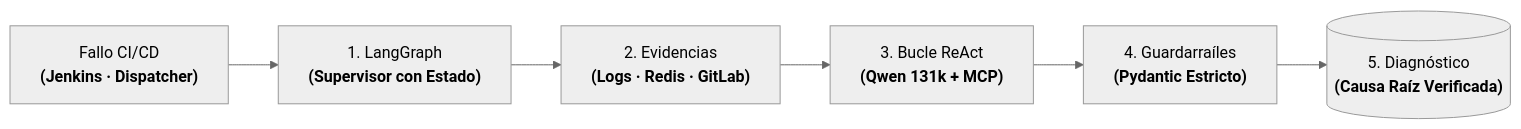
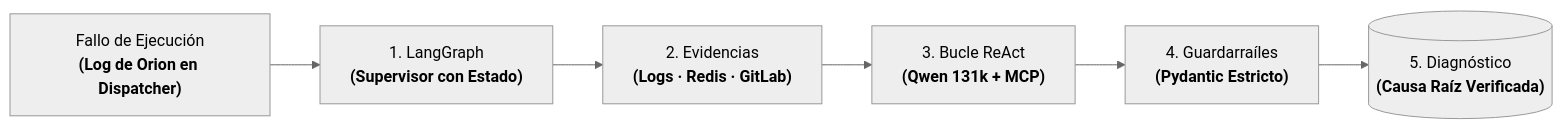
The diagram in docs_es/projects/orion-ai.md (oredondo/oredondo.github.io), drawn with Mermaid (neutral theme) before and after one commit. The commit also changed other lines of this file and 3 other files, not shown here.

Commit message:
fix(orion-ai): clarify failure event input as Orion execution log in Dispatcher

````diff
--- a/docs_es/projects/orion-ai.md
+++ b/docs_es/projects/orion-ai.md
@@ -37,8 +37,8 @@
 ```mermaid
 flowchart LR
-    Fail["Fallo CI/CD<br/><b>(Jenkins · Dispatcher)</b>"] --> Sup["1. LangGraph<br/><b>(Supervisor con Estado)</b>"]
+    Fail["Fallo de Ejecución<br/><b>(Log de Orion en Dispatcher)</b>"] --> Sup["1. LangGraph<br/><b>(Supervisor con Estado)</b>"]
     Sup --> Evid["2. Evidencias<br/><b>(Logs · Redis · GitLab)</b>"]
     Evid --> ReAct["3. Bucle ReAct<br/><b>(Qwen 131k + MCP)</b>"]
     ReAct --> Guard["4. Guardarraíles<br/><b>(Pydantic Estricto)</b>"]
     Guard --> Report[("5. Diagnóstico<br/><b>(Causa Raíz Verificada)</b>")]
 ```
````
